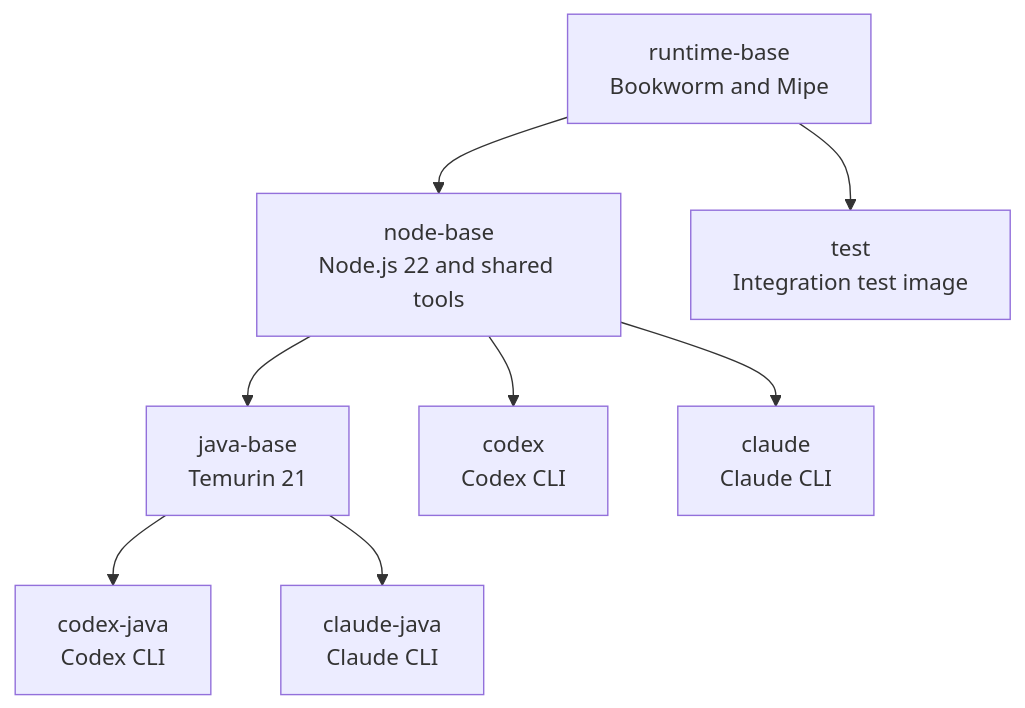
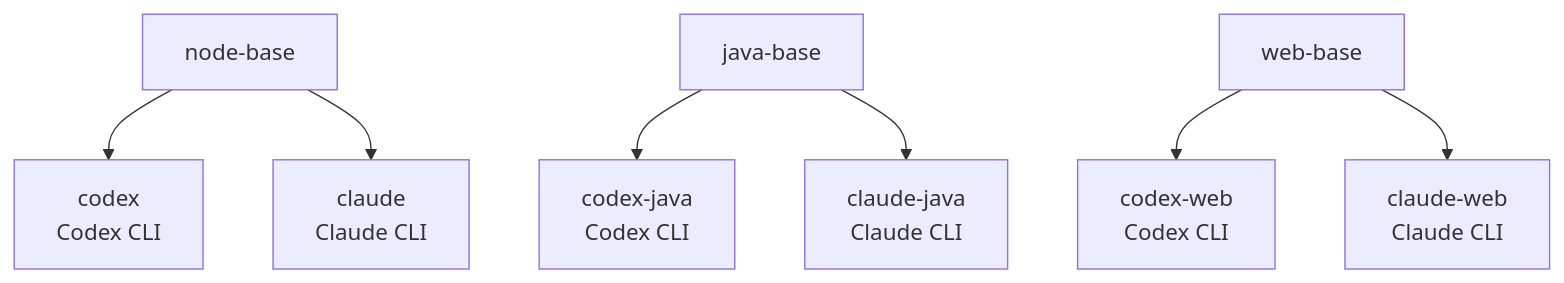
One commit to meowpow-png/mipe changed the second of 4 diagrams in runtime/docs/DEPLOYMENT.md. Above: the diagram before and after it, drawn with Mermaid. The commit also changed other lines of this file, not shown here.

````diff
--- a/runtime/docs/DEPLOYMENT.md
+++ b/runtime/docs/DEPLOYMENT.md
@@ -36,19 +52,19 @@
 ```mermaid
 flowchart TD
-    runtime["runtime-base<br/>Bookworm and Mipe"]
-    node["node-base<br/>Node.js 22 and shared tools"]
-    java["java-base<br/>Temurin 21"]
-    test["test<br/>Integration test image"]
+    node["node-base"]
+    java["java-base"]
+    web["web-base"]
     codex["codex<br/>Codex CLI"]
     claude["claude<br/>Claude CLI"]
     codexJava["codex-java<br/>Codex CLI"]
     claudeJava["claude-java<br/>Claude CLI"]
+    codexWeb["codex-web<br/>Codex CLI"]
+    claudeWeb["claude-web<br/>Claude CLI"]
 
-    runtime --> node
-    runtime --> test
     node --> codex
     node --> claude
-    node --> java
     java --> codexJava
     java --> claudeJava
+    web --> codexWeb
+    web --> claudeWeb
 ```
````
